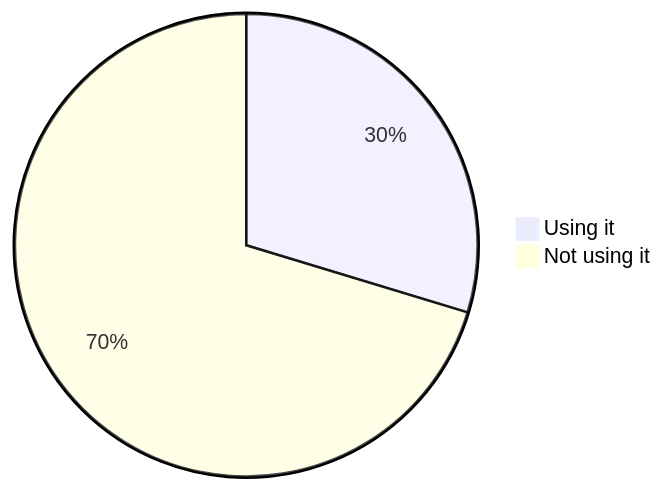
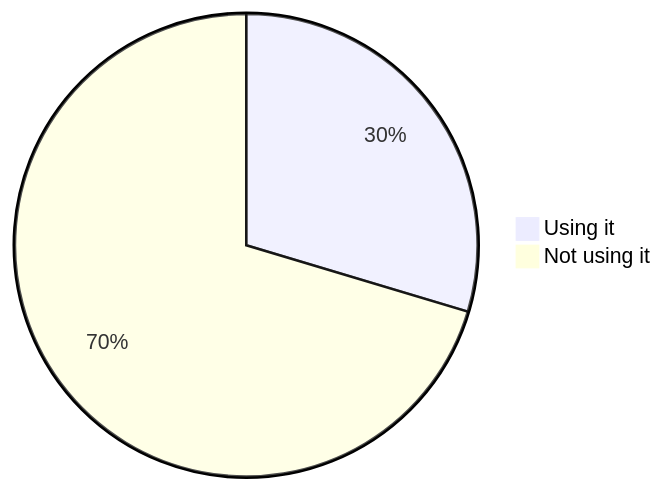
Before and after one commit to oshp/oshp-stats: diagram 15 of 22 in stats.md, drawn with Mermaid. The commit also changed other lines of this file, not shown here.

````diff
--- a/stats.md
+++ b/stats.md
@@ -178,6 +178,6 @@
 ```mermaid
 pie
-	"Using it" : 29.69
-	"Not using it" : 70.31
+	"Using it" : 29.63
+	"Not using it" : 70.37
 
 ```
````
